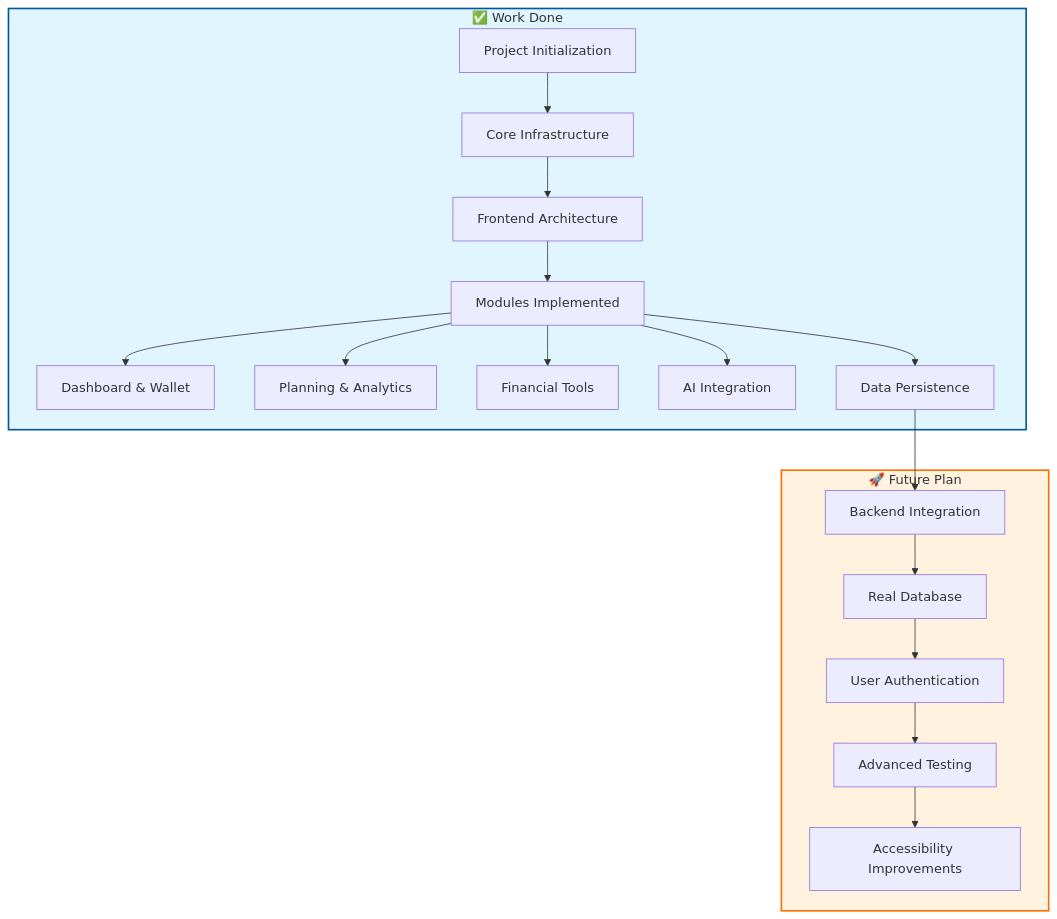
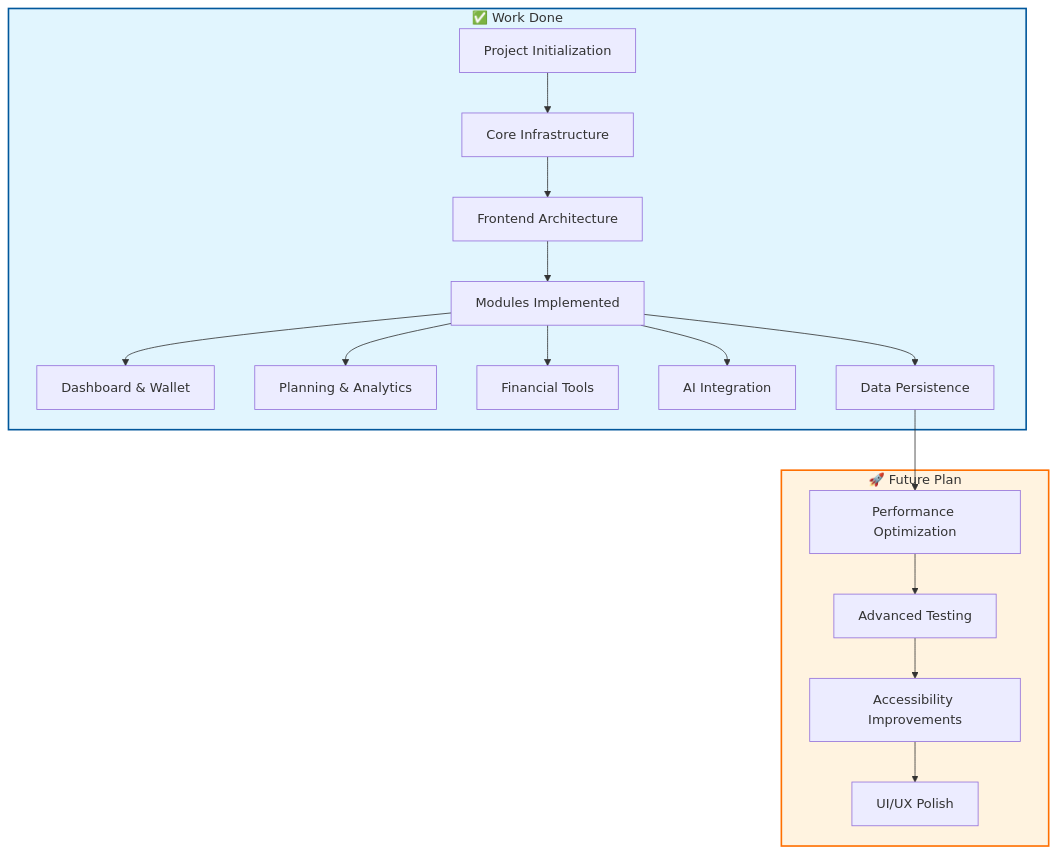
The diagram in PROGRESS.md (Vortex4047/pbl-project), drawn with Mermaid before and after one commit. The commit also changed other lines of this file, not shown here.

First line of the commit message:
Update PROGRESS.md: Remove backend/production plans

````diff
--- a/PROGRESS.md
+++ b/PROGRESS.md
@@ -5,25 +5,24 @@
 ```mermaid
 graph TD
     subgraph Work_Done [✅ Work Done]
         A[Project Initialization] --> B[Core Infrastructure]
         B --> C[Frontend Architecture]
         C --> D[Modules Implemented]
         D --> E[Dashboard & Wallet]
         D --> F[Planning & Analytics]
         D --> G[Financial Tools]
         D --> H[AI Integration]
         D --> I[Data Persistence]
     end
 
     I --> J
 
     subgraph Future_Plan [🚀 Future Plan]
-        J[Backend Integration] --> K[Real Database]
-        K --> L[User Authentication]
-        L --> M[Advanced Testing]
-        M --> N[Accessibility Improvements]
+        J[Performance Optimization] --> K[Advanced Testing]
+        K --> L[Accessibility Improvements]
+        L --> M[UI/UX Polish]
     end
 
     style Work_Done fill:#e1f5fe,stroke:#01579b,stroke-width:2px
     style Future_Plan fill:#fff3e0,stroke:#ff6f00,stroke-width:2px
 ```
````
